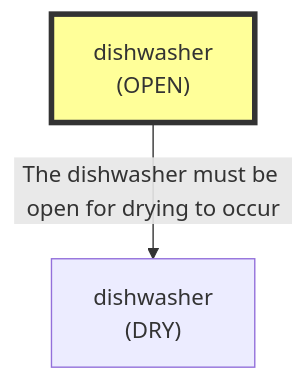
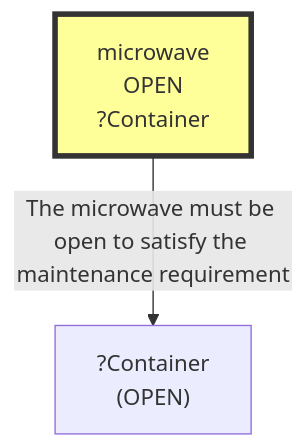
Before and after one commit to scuama/virtualhome: the seventh of 12 diagrams in evaluation/results/table2/robostate/non_stationarity/low/E_DYN_G02_S3_low/run_E_DYN_G02_S3_low.md, drawn with Mermaid. The commit also changed other lines of this file and 108 other files, not shown here.

````diff
--- a/evaluation/results/table2/robostate/non_stationarity/low/E_DYN_G02_S3_low/run_E_DYN_G02_S3_low.md
+++ b/evaluation/results/table2/robostate/non_stationarity/low/E_DYN_G02_S3_low/run_E_DYN_G02_S3_low.md
@@ -1149,7 +558,7 @@
 ```mermaid
 graph TD
-    N1["dishwasher<br>(OPEN)"]
-    style N1 fill:#ff9,stroke:#333,stroke-width:4px
-    N2["dishwasher<br>(DRY)"]
-    N1 -->|"The dishwasher must be open for drying to occur"| N2
+    N1["?Container<br>(OPEN)"]
+    N2["microwave<br>OPEN<br>?Container"]
+    style N2 fill:#ff9,stroke:#333,stroke-width:4px
+    N2 -->|"The microwave must be open to satisfy the maintenance requirement"| N1
 ```
````
